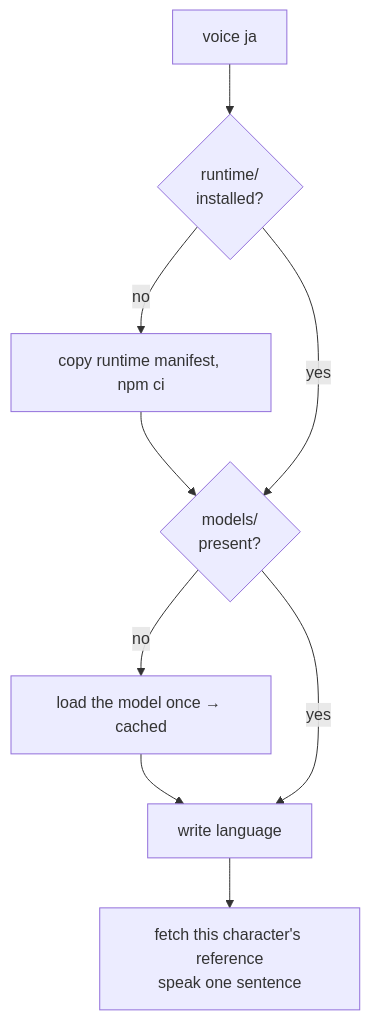
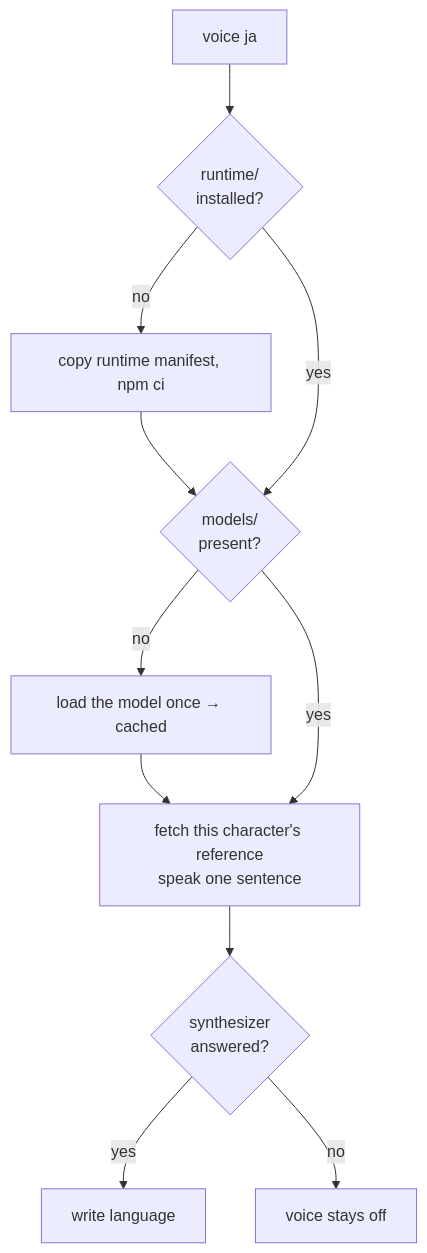
One commit to Esposter/Esposter changed the diagram in apps/web/content/docs/proposals/infra/character-voice/voice-setup.md. Above: the diagram before and after it, drawn with Mermaid. The commit also changed other lines of this file and 1 other file, not shown here.

Commit message:
fix(genshin-persona): the dub is written by the run that proved it — a setup that never spoke leaves the replies silent instead of broken
`readLanguage` is the gate in front of every spoken reply, and the verb wrote it before the warm request: a missing reference or a synthesizer that refused exited red with the gate open, so every later hook woke a voice that could not speak and said so only in the log.

The write moves to each way the run succeeds — the branch with no character to prove against, and the branch the warm answered — and to neither way it fails. Nothing in the proof path reads the file: the request carries its own dub, which is what let the write sit before it.

The setup page's ordered list and its diagram named the old order, so both carry the new one.

Answers: 4057720861

````diff
--- a/apps/web/content/docs/proposals/infra/character-voice/voice-setup.md
+++ b/apps/web/content/docs/proposals/infra/character-voice/voice-setup.md
@@ -42,17 +42,21 @@
 ```mermaid
 flowchart TD
     Verb["voice ja"]
     Runtime{"runtime/<br/>installed?"}
     Weights{"models/<br/>present?"}
     Language["write language"]
     Proof["fetch this character's reference<br/>speak one sentence"]
+    Spoke{"synthesizer<br/>answered?"}
+    Off["voice stays off"]
     Install["copy runtime manifest, npm ci"]
     Fetch["load the model once → cached"]
 
     Verb --> Runtime
     Runtime -- no --> Install --> Weights
     Runtime -- yes --> Weights
-    Weights -- no --> Fetch --> Language
-    Weights -- yes --> Language
-    Language --> Proof
+    Weights -- no --> Fetch --> Proof
+    Weights -- yes --> Proof
+    Proof --> Spoke
+    Spoke -- yes --> Language
+    Spoke -- no --> Off
 ```
````
